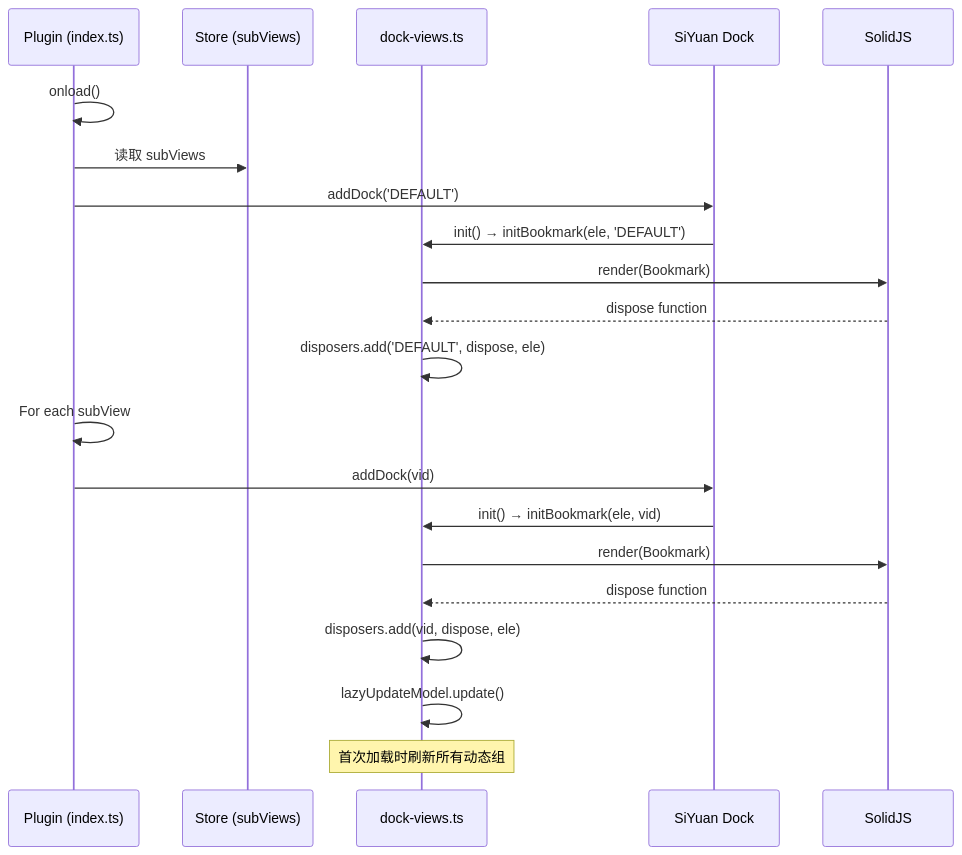
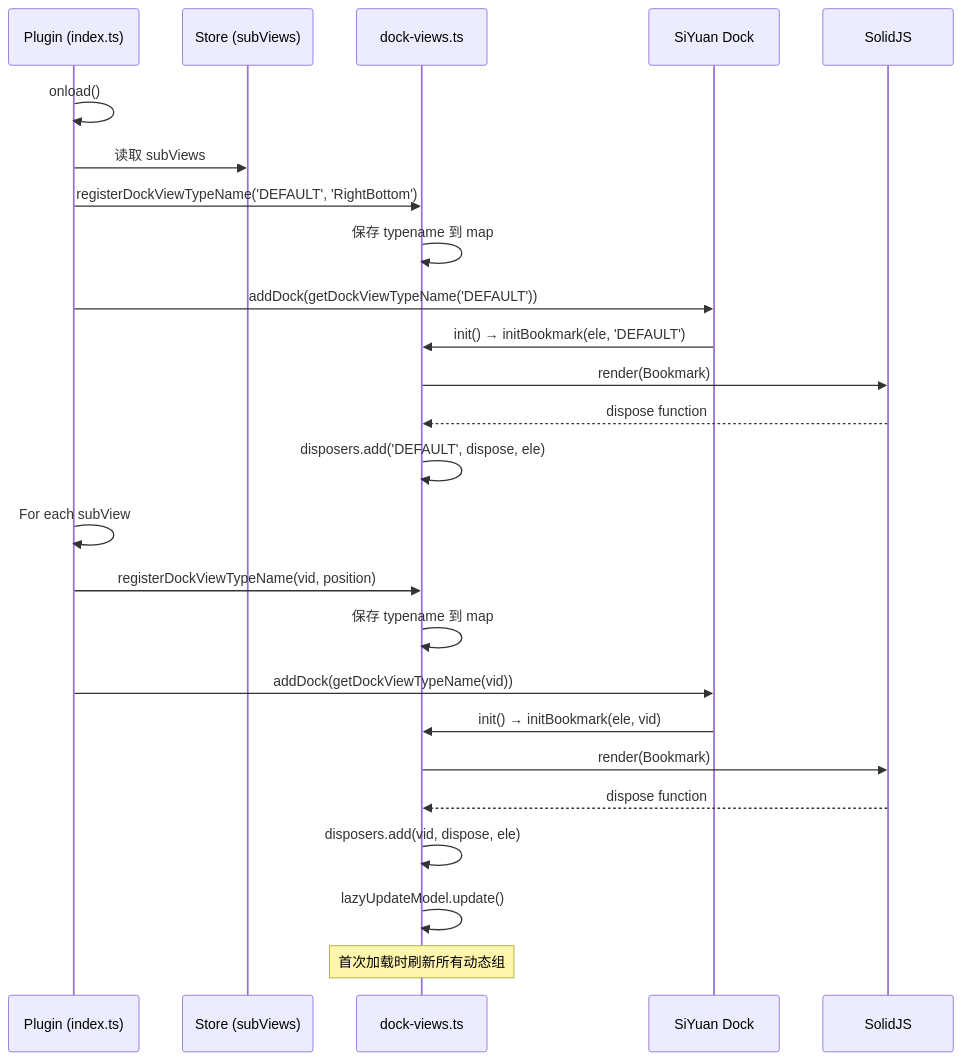
One commit to frostime/sy-bookmark-plus changed the first of 3 diagrams in .sspec/spec-docs/dock-views.md. Above: the diagram before and after it, drawn with Mermaid. The commit also changed other lines of this file, not shown here.

````diff
--- a/.sspec/spec-docs/dock-views.md
+++ b/.sspec/spec-docs/dock-views.md
@@ -103,27 +106,31 @@
 ```mermaid
 sequenceDiagram
     participant P as Plugin (index.ts)
     participant S as Store (subViews)
     participant DV as dock-views.ts
     participant SI as SiYuan Dock
     participant SJ as SolidJS
 
     P->>P: onload()
     P->>S: 读取 subViews
 
-    P->>SI: addDock('DEFAULT')
+    P->>DV: registerDockViewTypeName('DEFAULT', 'RightBottom')
+    DV->>DV: 保存 typename 到 map
+    P->>SI: addDock(getDockViewTypeName('DEFAULT'))
     SI->>DV: init() → initBookmark(ele, 'DEFAULT')
     DV->>SJ: render(Bookmark)
     SJ-->>DV: dispose function
     DV->>DV: disposers.add('DEFAULT', dispose, ele)
 
     P->>P: For each subView
-    P->>SI: addDock(vid)
+    P->>DV: registerDockViewTypeName(vid, position)
+    DV->>DV: 保存 typename 到 map
+    P->>SI: addDock(getDockViewTypeName(vid))
     SI->>DV: init() → initBookmark(ele, vid)
     DV->>SJ: render(Bookmark)
     SJ-->>DV: dispose function
     DV->>DV: disposers.add(vid, dispose, ele)
 
     DV->>DV: lazyUpdateModel.update()
     Note over DV: 首次加载时刷新所有动态组
 ```
````
